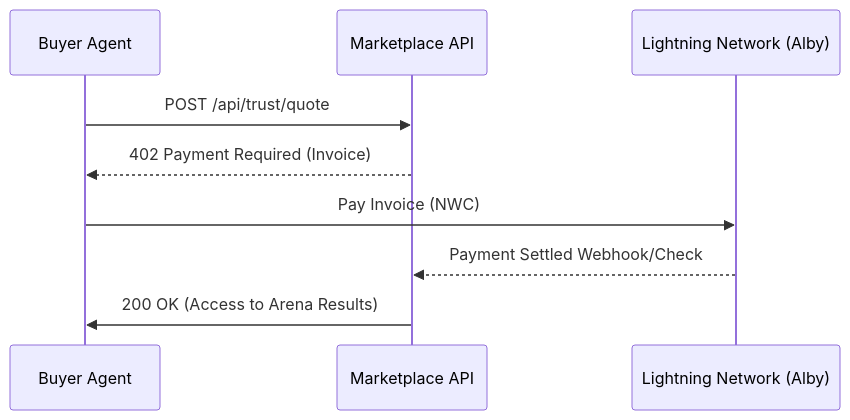
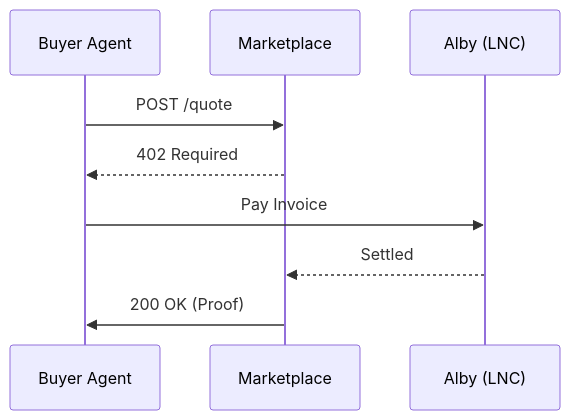
The second of 3 diagrams in ARCHITECTURE.md (giursan/trust402), drawn with Mermaid before and after one commit. The commit also changed other lines of this file, not shown here.

Commit message:
fix diagrams

````diff
--- a/ARCHITECTURE.md
+++ b/ARCHITECTURE.md
@@ -27,12 +27,12 @@
 ```mermaid
 sequenceDiagram
     participant B as Buyer Agent
-    participant M as Marketplace API
-    participant L as Lightning Network (Alby)
+    participant M as Marketplace
+    participant L as Alby (LNC)
     
-    B->>M: POST /api/trust/quote
-    M-->>B: 402 Payment Required (Invoice)
-    B->>L: Pay Invoice (NWC)
-    L-->>M: Payment Settled Webhook/Check
-    M->>B: 200 OK (Access to Arena Results)
+    B->>M: POST /quote
+    M-->>B: 402 Required
+    B->>L: Pay Invoice
+    L-->>M: Settled
+    M->>B: 200 OK (Proof)
 ```
````
